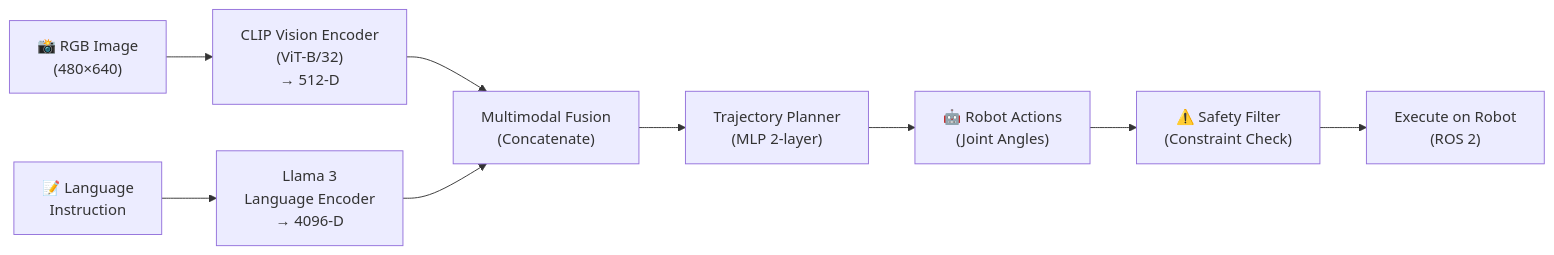
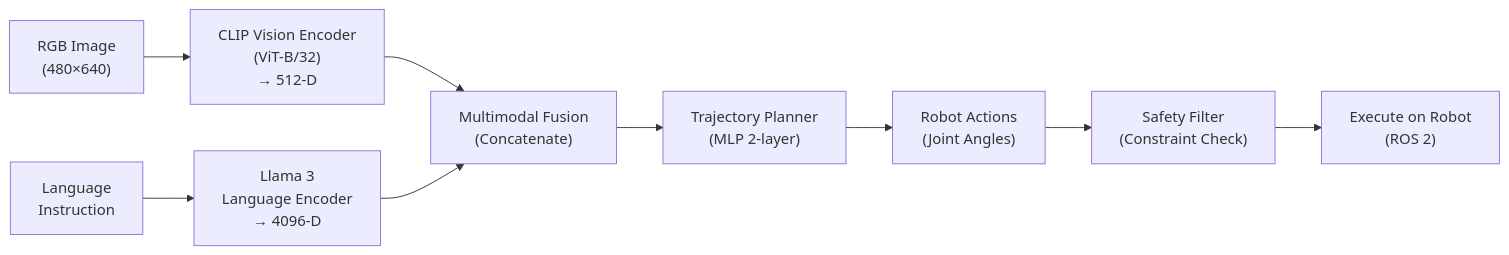
Before and after one commit to Danishhshahid/Physical-AI-Humanoid-Robotics-Book: the diagram in docs/chapters/ch5-vla.mdx, drawn with Mermaid. The commit also changed other lines of this file and 45 other files, not shown here.

````diff
--- a/docs/chapters/ch5-vla.mdx
+++ b/docs/chapters/ch5-vla.mdx
@@ -49,21 +49,21 @@
 ```mermaid
 graph LR
-    Image["📸 RGB Image<br/>(480×640)"]
-    Text["📝 Language<br/>Instruction"]
+    Image[" RGB Image<br/>(480×640)"]
+    Text[" Language<br/>Instruction"]
     ImageEnc["CLIP Vision Encoder<br/>(ViT-B/32)<br/>→ 512-D"]
     TextEnc["Llama 3<br/>Language Encoder<br/>→ 4096-D"]
     Fusion["Multimodal Fusion<br/>(Concatenate)"]
     Planner["Trajectory Planner<br/>(MLP 2-layer)"]
-    Actions["🤖 Robot Actions<br/>(Joint Angles)"]
-    Safety["⚠️ Safety Filter<br/>(Constraint Check)"]
+    Actions[" Robot Actions<br/>(Joint Angles)"]
+    Safety[" Safety Filter<br/>(Constraint Check)"]
     Execute["Execute on Robot<br/>(ROS 2)"]
 
     Image --> ImageEnc
     Text --> TextEnc
     ImageEnc --> Fusion
     TextEnc --> Fusion
     Fusion --> Planner
     Planner --> Actions
     Actions --> Safety
     Safety --> Execute
 ```
````
